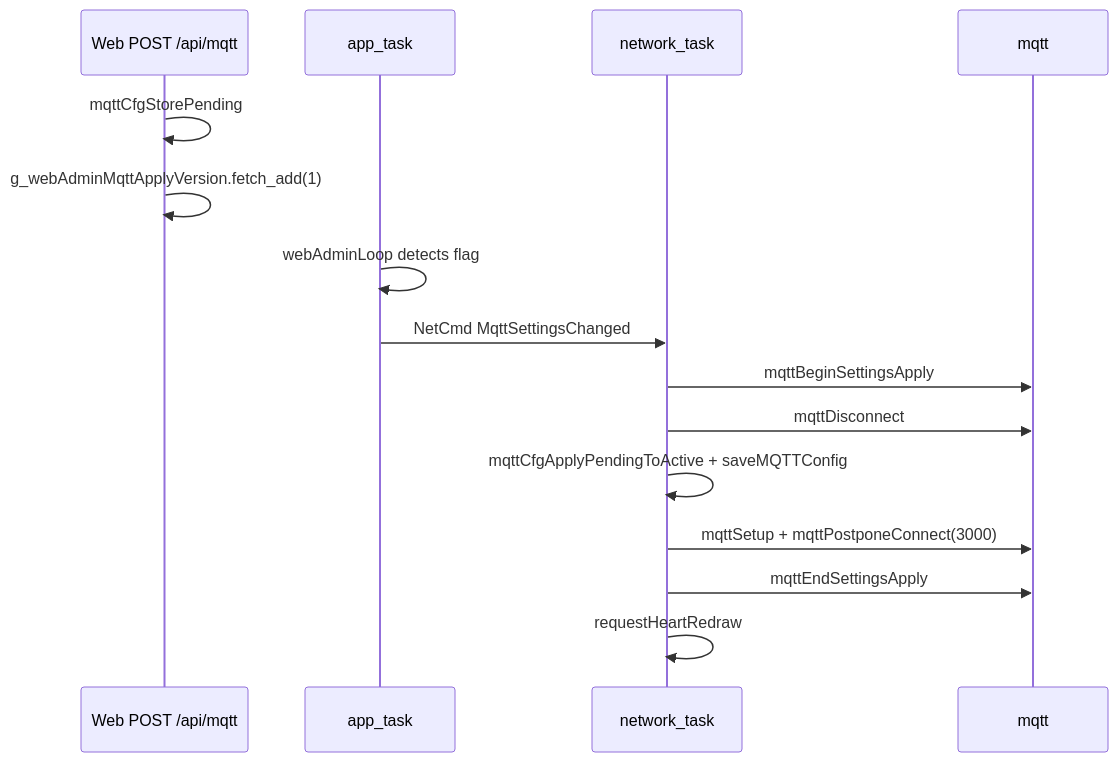
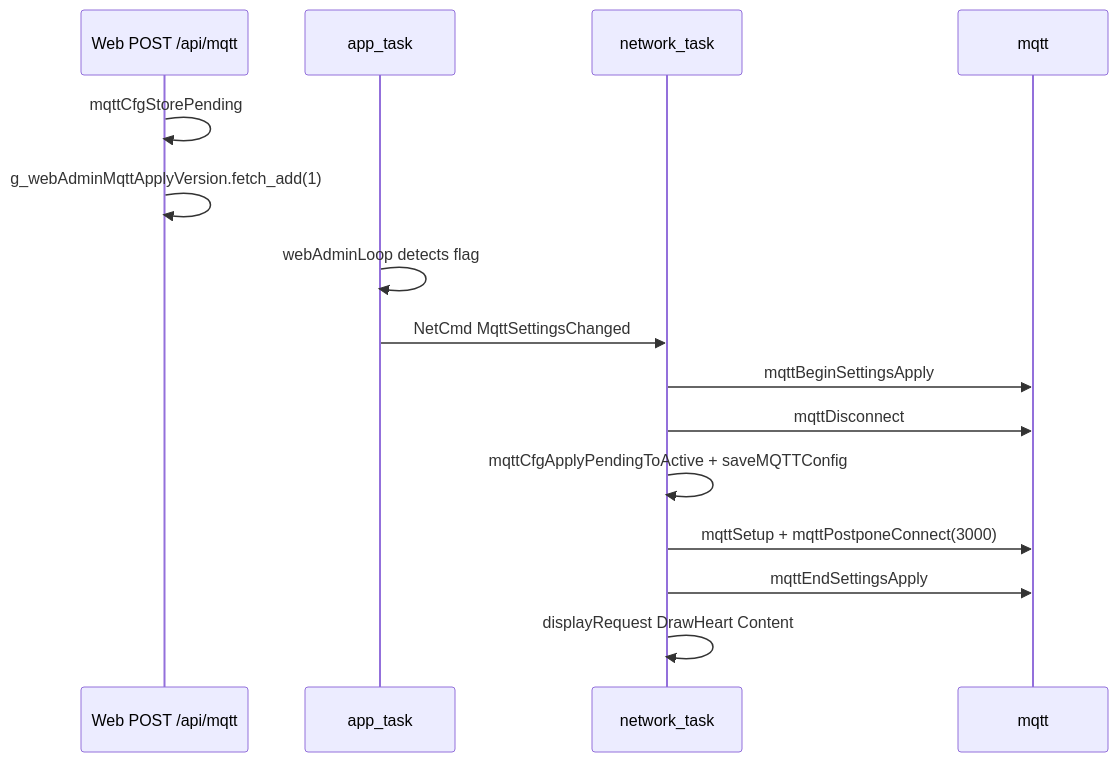
One commit to EyJunge1/chaya2mqtt changed the second of 2 diagrams in docs/MQTT.md. Above: the diagram before and after it, drawn with Mermaid. The commit also changed other lines of this file and 78 other files, not shown here.

````diff
--- a/docs/MQTT.md
+++ b/docs/MQTT.md
@@ -191,18 +191,18 @@
 ```mermaid
 sequenceDiagram
     participant W as Web POST /api/mqtt
     participant A as app_task
     participant N as network_task
     participant M as mqtt
 
     W->>W: mqttCfgStorePending
     W->>W: g_webAdminMqttApplyVersion.fetch_add(1)
     A->>A: webAdminLoop detects flag
     A->>N: NetCmd MqttSettingsChanged
     N->>M: mqttBeginSettingsApply
     N->>M: mqttDisconnect
     N->>N: mqttCfgApplyPendingToActive + saveMQTTConfig
     N->>M: mqttSetup + mqttPostponeConnect(3000)
     N->>M: mqttEndSettingsApply
-    N->>N: requestHeartRedraw
+    N->>N: displayRequest DrawHeart Content
 ```
````
